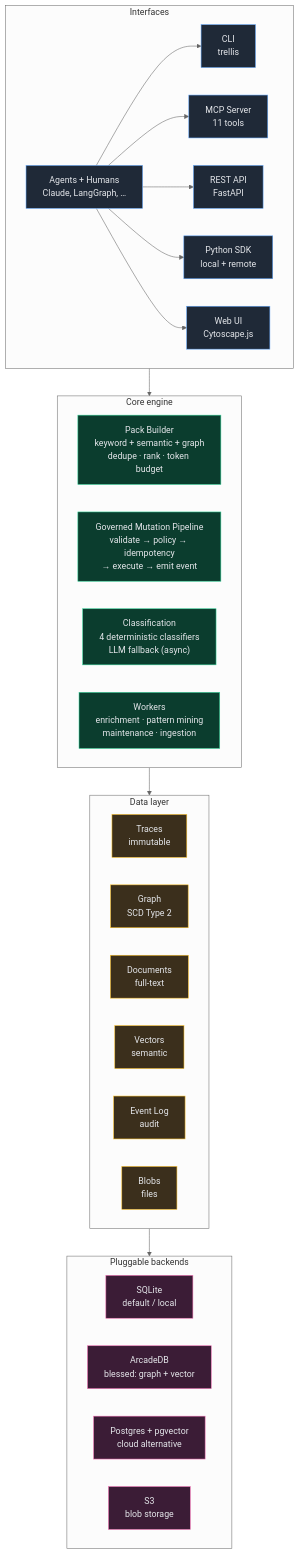
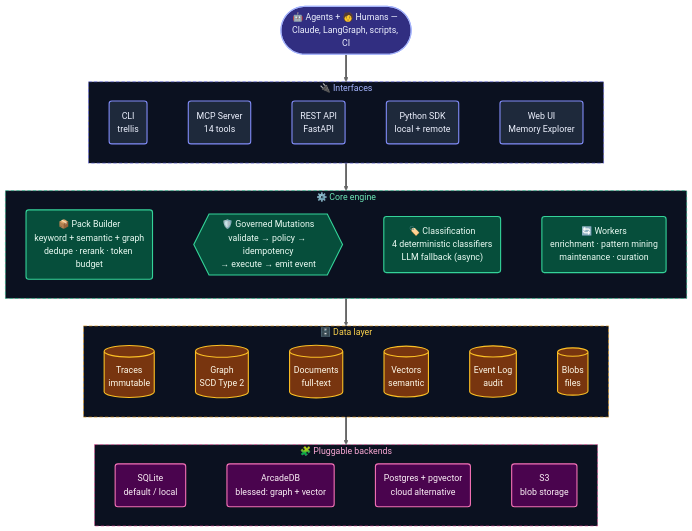
Before and after one commit to ronsse/trellis-ai: the second of 6 diagrams in README.md, drawn with Mermaid (neutral theme). The commit also changed other lines of this file, not shown here.

First line of the commit message:
docs(readme): redesign all six diagrams for readability

````diff
--- a/README.md
+++ b/README.md
@@ -90,52 +106,44 @@
 ```mermaid
 flowchart TB
-    subgraph Interfaces["Interfaces"]
+    Users(["🤖 Agents + 🧑 Humans — Claude, LangGraph, scripts, CI"])
+
+    subgraph Interfaces["🔌 Interfaces"]
         direction LR
-        CLI["CLI<br/>trellis"]
-        MCP["MCP Server<br/>11 tools"]
-        REST["REST API<br/>FastAPI"]
-        SDK["Python SDK<br/>local + remote"]
-        UI["Web UI<br/>Cytoscape.js"]
-        Users["Agents + Humans<br/>Claude, LangGraph, …"]
+        CLI("CLI<br/>trellis") ~~~ MCP("MCP Server<br/>14 tools") ~~~ REST("REST API<br/>FastAPI") ~~~ SDK("Python SDK<br/>local + remote") ~~~ UI("Web UI<br/>Memory Explorer")
     end
 
-    subgraph Core["Core engine"]
+    subgraph Core["⚙️ Core engine"]
         direction LR
-        PB["Pack Builder<br/>keyword + semantic + graph<br/>dedupe · rank · token budget"]
-        GP["Governed Mutation Pipeline<br/>validate → policy → idempotency<br/>→ execute → emit event"]
-        CL["Classification<br/>4 deterministic classifiers<br/>LLM fallback (async)"]
-        WK["Workers<br/>enrichment · pattern mining<br/>maintenance · ingestion"]
+        PB("📦 Pack Builder<br/>keyword + semantic + graph<br/>dedupe · rerank · token budget") ~~~ GP{{"🛡️ Governed Mutations<br/>validate → policy → idempotency<br/>→ execute → emit event"}} ~~~ CL("🏷️ Classification<br/>4 deterministic classifiers<br/>LLM fallback (async)") ~~~ WK("🔄 Workers<br/>enrichment · pattern mining<br/>maintenance · curation")
     end
 
-    subgraph Data["Data layer"]
+    subgraph Data["🗄️ Data layer"]
         direction LR
-        TR["Traces<br/>immutable"]
-        GR["Graph<br/>SCD Type 2"]
-        DO["Documents<br/>full-text"]
-        VE["Vectors<br/>semantic"]
-        EL["Event Log<br/>audit"]
-        BL["Blobs<br/>files"]
+        TR[("Traces<br/>immutable")] ~~~ GR[("Graph<br/>SCD Type 2")] ~~~ DO[("Documents<br/>full-text")] ~~~ VE[("Vectors<br/>semantic")] ~~~ EL[("Event Log<br/>audit")] ~~~ BL[("Blobs<br/>files")]
     end
 
-    subgraph Backends["Pluggable backends"]
+    subgraph Backends["🧩 Pluggable backends"]
         direction LR
-        SQ["SQLite<br/>default / local"]
-        AR["ArcadeDB<br/>blessed: graph + vector"]
-        PG["Postgres + pgvector<br/>cloud alternative"]
-        S3["S3<br/>blob storage"]
+        SQ("SQLite<br/>default / local") ~~~ AR("ArcadeDB<br/>blessed: graph + vector") ~~~ PG("Postgres + pgvector<br/>cloud alternative") ~~~ S3("S3<br/>blob storage")
     end
 
-    Users --> CLI & MCP & REST & SDK & UI
-    Interfaces --> Core
-    Core --> Data
-    Data --> Backends
+    Users ==> Interfaces
+    Interfaces ==> Core
+    Core ==> Data
+    Data ==> Backends
 
-    classDef iface fill:#1f2937,stroke:#60a5fa,color:#e5e7eb;
-    classDef core fill:#0b3d2e,stroke:#34d399,color:#e5e7eb;
-    classDef data fill:#3b2f1c,stroke:#fbbf24,color:#e5e7eb;
-    classDef back fill:#3b1c36,stroke:#f472b6,color:#e5e7eb;
-    class CLI,MCP,REST,SDK,UI,Users iface;
+    classDef iface fill:#1e293b,stroke:#818cf8,stroke-width:2px,color:#eef2ff;
+    classDef agent fill:#312e81,stroke:#a5b4fc,stroke-width:2px,color:#eef2ff;
+    classDef core fill:#064e3b,stroke:#34d399,stroke-width:2px,color:#ecfdf5;
+    classDef data fill:#78350f,stroke:#fbbf24,stroke-width:2px,color:#fffbeb;
+    classDef back fill:#4a044e,stroke:#f472b6,stroke-width:2px,color:#fdf2f8;
+    class CLI,MCP,REST,SDK,UI iface;
+    class Users agent;
     class PB,GP,CL,WK core;
     class TR,GR,DO,VE,EL,BL data;
     class SQ,PG,S3,AR back;
+    style Interfaces fill:#0b1120,stroke:#6366f1,stroke-width:1px,stroke-dasharray:6 4,color:#a5b4fc;
+    style Core fill:#0b1120,stroke:#10b981,stroke-width:1px,stroke-dasharray:6 4,color:#6ee7b7;
+    style Data fill:#0b1120,stroke:#f59e0b,stroke-width:1px,stroke-dasharray:6 4,color:#fcd34d;
+    style Backends fill:#0b1120,stroke:#ec4899,stroke-width:1px,stroke-dasharray:6 4,color:#f9a8d4;
 ```
````
